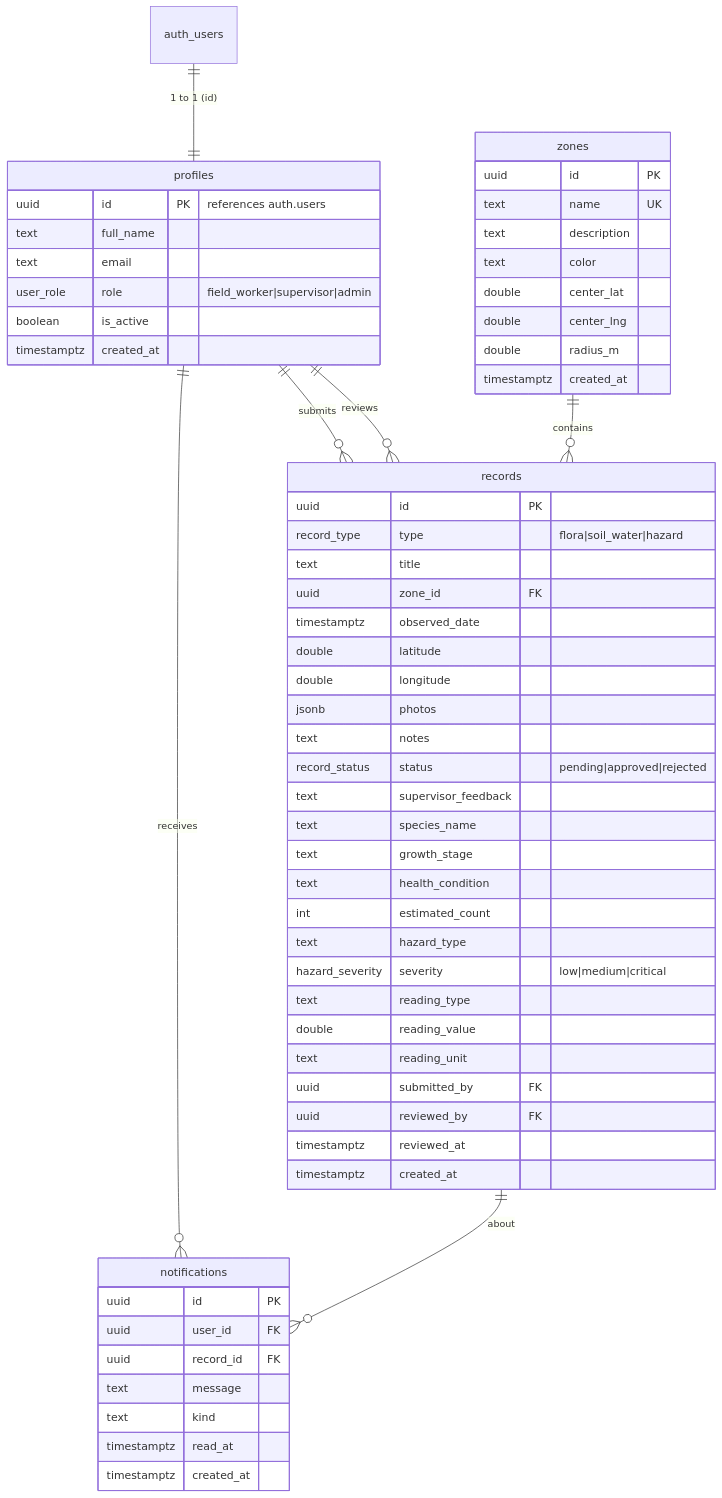
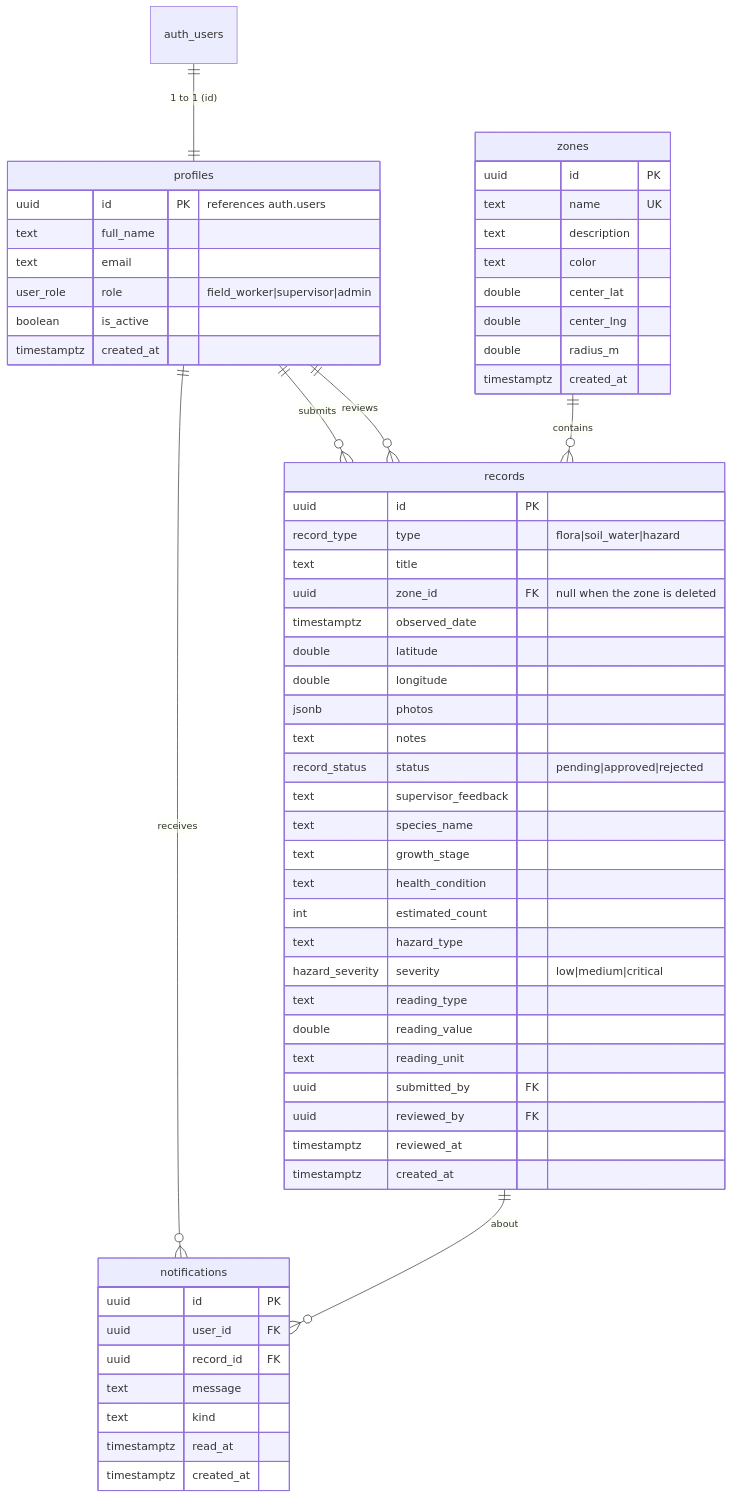
One commit to yezawtun-afk/millennia-fieldops changed the diagram in docs/DATABASE.md. Above: the diagram before and after it, drawn with Mermaid. The commit also changed other lines of this file and 10 other files, not shown here.

````diff
--- a/docs/DATABASE.md
+++ b/docs/DATABASE.md
@@ -8,66 +8,66 @@
 ```mermaid
 erDiagram
     auth_users ||--|| profiles : "1 to 1 (id)"
     profiles ||--o{ records : "submits"
     profiles ||--o{ records : "reviews"
     profiles ||--o{ notifications : "receives"
     zones ||--o{ records : "contains"
     records ||--o{ notifications : "about"
 
     profiles {
         uuid id PK "references auth.users"
         text full_name
         text email
         user_role role "field_worker|supervisor|admin"
         boolean is_active
         timestamptz created_at
     }
 
     zones {
         uuid id PK
         text name UK
         text description
         text color
         double center_lat
         double center_lng
         double radius_m
         timestamptz created_at
     }
 
     records {
         uuid id PK
         record_type type "flora|soil_water|hazard"
         text title
-        uuid zone_id FK
+        uuid zone_id FK "null when the zone is deleted"
         timestamptz observed_date
         double latitude
         double longitude
         jsonb photos
         text notes
         record_status status "pending|approved|rejected"
         text supervisor_feedback
         text species_name
         text growth_stage
         text health_condition
         int estimated_count
         text hazard_type
         hazard_severity severity "low|medium|critical"
         text reading_type
         double reading_value
         text reading_unit
         uuid submitted_by FK
         uuid reviewed_by FK
         timestamptz reviewed_at
         timestamptz created_at
     }
 
     notifications {
         uuid id PK
         uuid user_id FK
         uuid record_id FK
         text message
         text kind
         timestamptz read_at
         timestamptz created_at
     }
 ```
````
